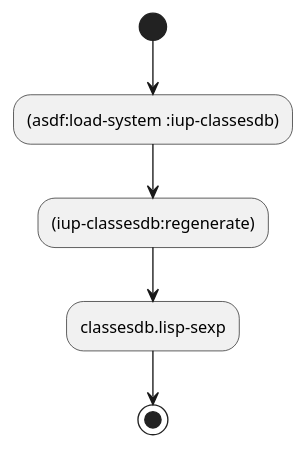
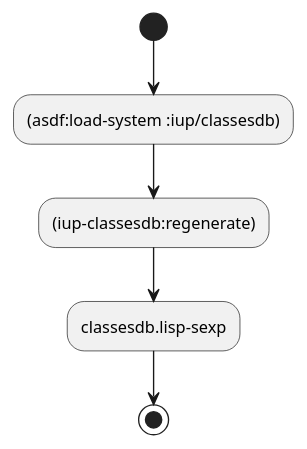
The first of 3 diagrams in README.org (lispnik/iup), drawn with PlantUML before and after one commit. The commit also changed other lines of this file and 52 other files, not shown here.

```diff
--- a/README.org
+++ b/README.org
@@ -1387,6 +1387,6 @@
 #+begin_src plantuml :file docs/binding-maintainer.png :results silent
-  (*) --> "(asdf:load-system :iup-classesdb)" as Load
+  (*) --> "(asdf:load-system :iup/classesdb)" as Load
   Load --> "(iup-classesdb:regenerate)" as Regen
   Regen --> "classesdb.lisp-sexp" as Sexp
   Sexp --> (*)
 #+end_src
```
